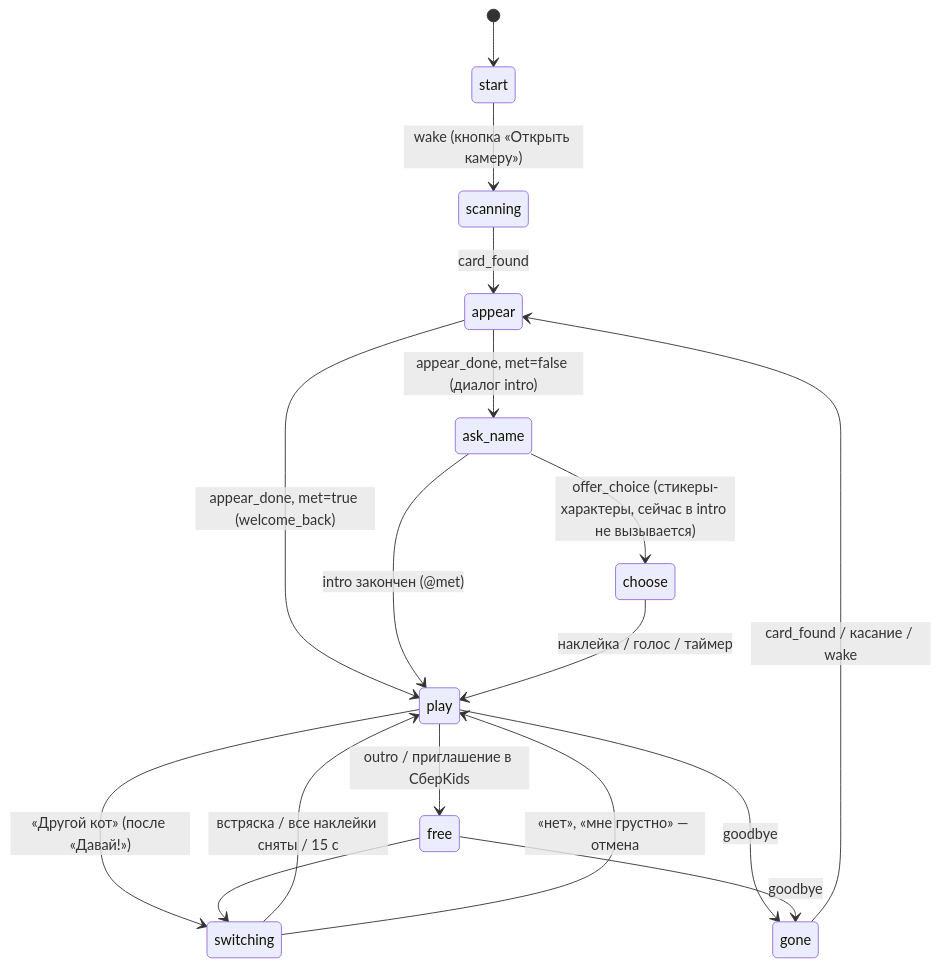
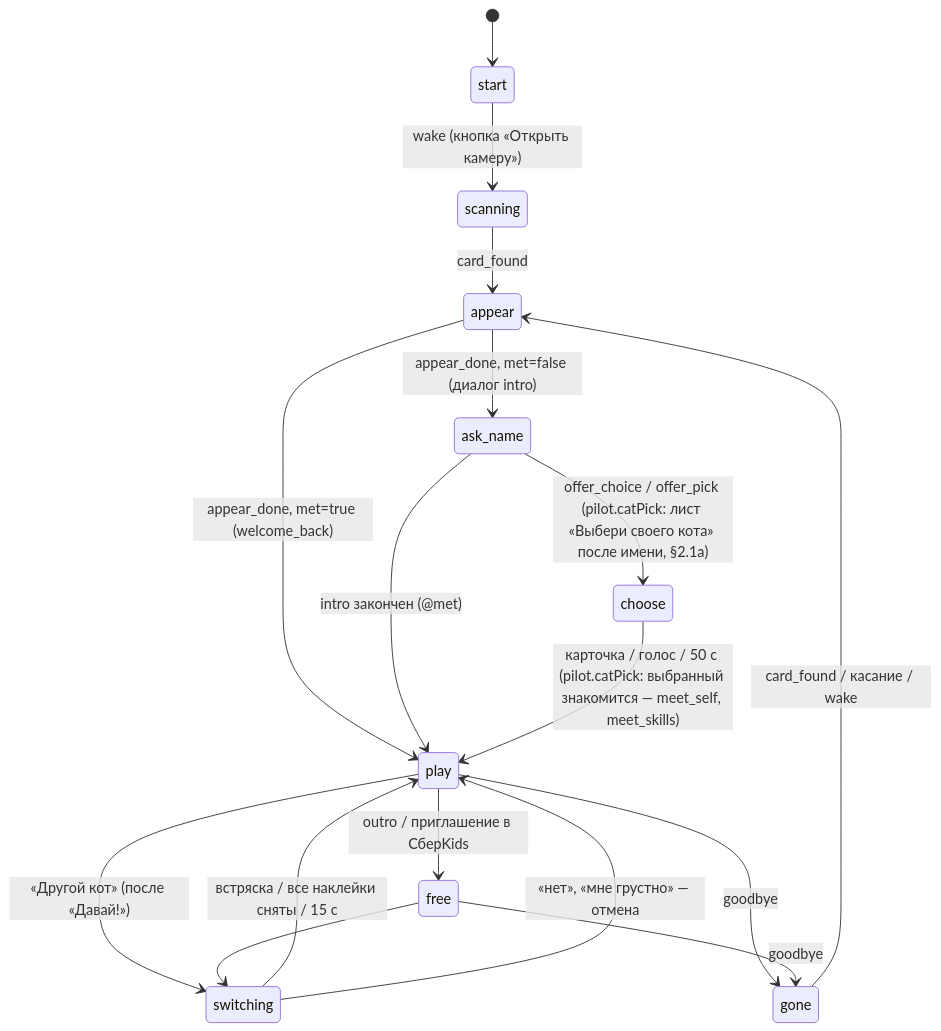
Before and after one commit to vsershov21-spec/ar: the seventh of 8 diagrams in docs/PROJECT_MAP.md, drawn with Mermaid. The commit also changed other lines of this file and 29 other files, not shown here.

````diff
--- a/docs/PROJECT_MAP.md
+++ b/docs/PROJECT_MAP.md
@@ -222,19 +262,19 @@
 ```mermaid
 stateDiagram-v2
   [*] --> start
   start --> scanning: wake (кнопка «Открыть камеру»)
   scanning --> appear: card_found
   appear --> ask_name: appear_done, met=false (диалог intro)
   appear --> play: appear_done, met=true (welcome_back)
   ask_name --> play: intro закончен (@met)
-  ask_name --> choose: offer_choice (стикеры-характеры, сейчас в intro не вызывается)
-  choose --> play: наклейка / голос / таймер
+  ask_name --> choose: offer_choice / offer_pick (pilot.catPick: лист «Выбери своего кота» после имени, §2.1а)
+  choose --> play: карточка / голос / 50 с (pilot.catPick: выбранный знакомится — meet_self, meet_skills)
   play --> free: outro / приглашение в СберKids
   play --> switching: «Другой кот» (после «Давай!»)
   free --> switching
   switching --> play: встряска / все наклейки сняты / 15 с
   switching --> play: «нет», «мне грустно» — отмена
   play --> gone: goodbye
   free --> gone: goodbye
   gone --> appear: card_found / касание / wake
 ```
````
